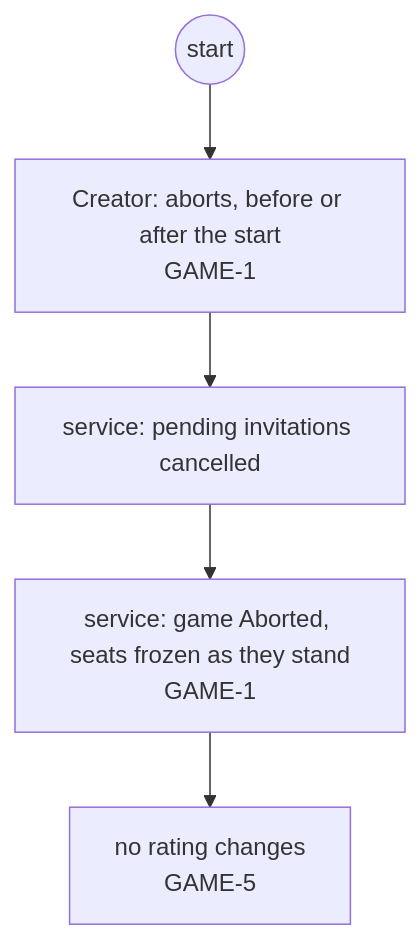
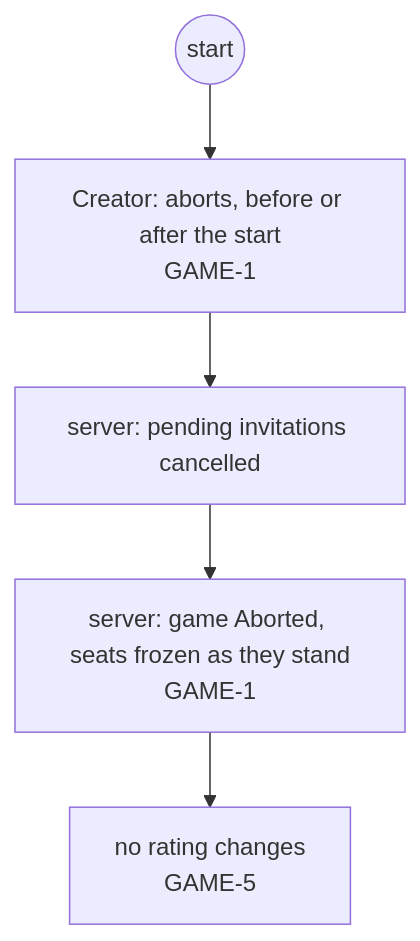
Before and after one commit to delphside/programme: diagram 19 of 29 in docs/changes/workstreams/application-game-architecture/71-one-game-model/71-functional.md, drawn with Mermaid. The commit also changed other lines of this file, not shown here.

First line of the commit message:
app 0.9.2 api 2.16: 71: Tile Lite Elite Server, server steps, and question references name #71

````diff
--- a/docs/changes/workstreams/application-game-architecture/71-one-game-model/71-functional.md
+++ b/docs/changes/workstreams/application-game-architecture/71-one-game-model/71-functional.md
@@ -353,7 +353,7 @@
 ```mermaid
 flowchart TD
   s0((start)) --> c1["Creator: aborts, before or after the start<br/>GAME-1"]
-  c1 --> t1["service: pending invitations cancelled"]
-  t1 --> t2["service: game Aborted, seats frozen as they stand<br/>GAME-1"]
+  c1 --> t1["server: pending invitations cancelled"]
+  t1 --> t2["server: game Aborted, seats frozen as they stand<br/>GAME-1"]
   t2 --> t3["no rating changes<br/>GAME-5"]
 ```
````
